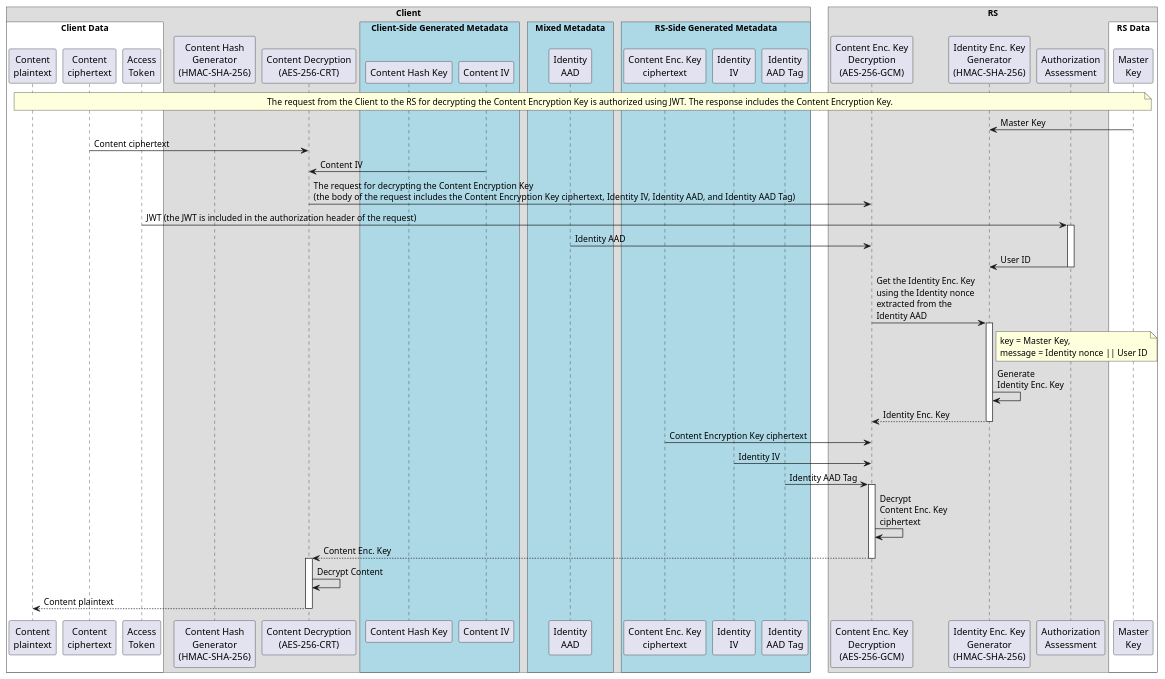
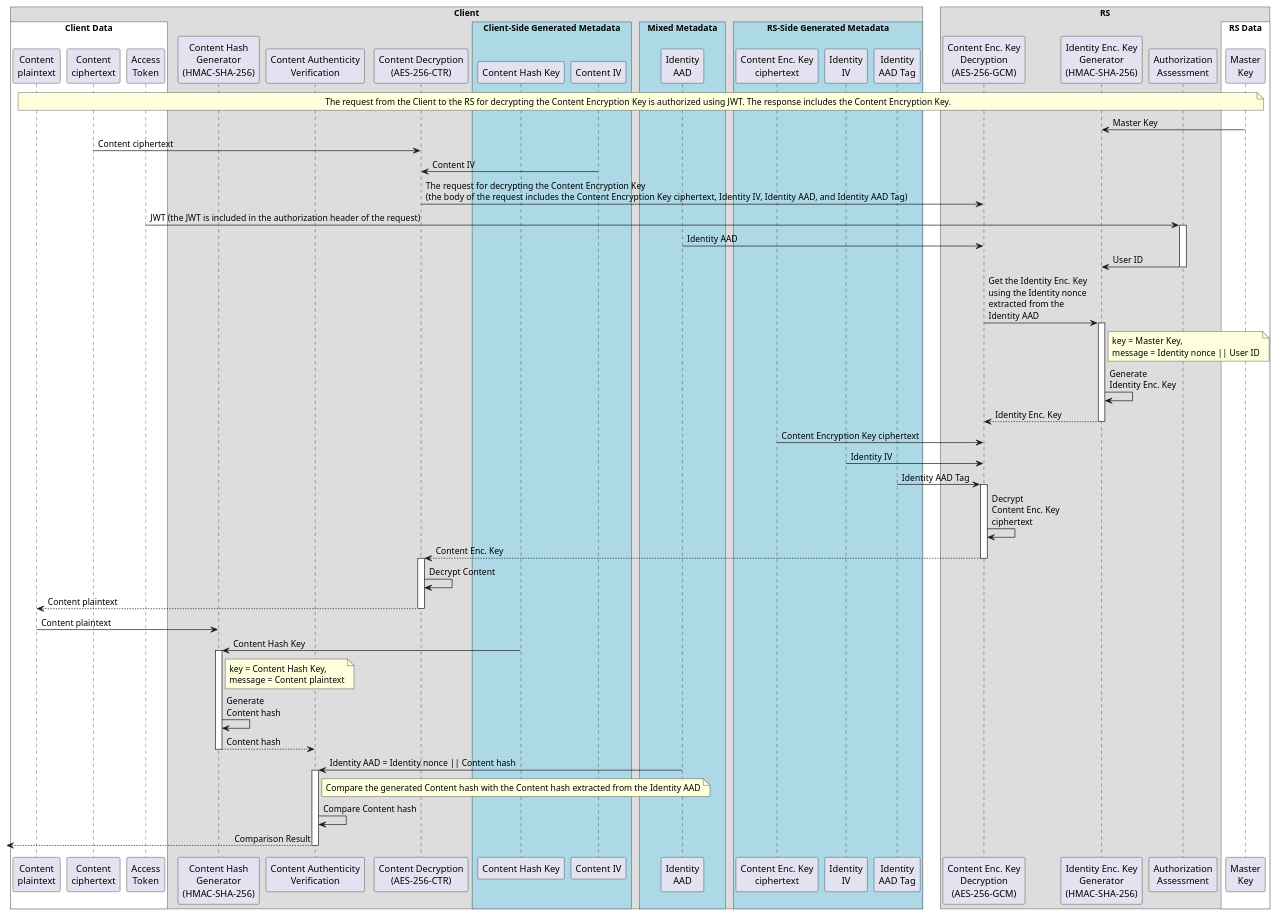
Before and after one commit to umalabs/ibe: the second of 2 diagrams in docs/CRYPTOGRAPHY.md, drawn with PlantUML. The commit also changed other lines of this file and 2 other files, not shown here.

Commit message:
sequence diagrams are ready for review

````diff
--- a/docs/CRYPTOGRAPHY.md
+++ b/docs/CRYPTOGRAPHY.md
@@ -192,7 +196,8 @@
 
 ' --- Client ---
 participant "Content Hash\nGenerator\n(HMAC-SHA-256)" as ContentHashGen
-participant "Content Decryption\n(AES-256-CRT)" as ContentDecryption
+participant "Content Authenticity\nVerification" as ContentAuthenticityVerification
+participant "Content Decryption\n(AES-256-CTR)" as ContentDecryption
 
 ' --- Client Inputs ---
 participant "Content\nplaintext" as ContentPlaintext
@@ -229,6 +234,7 @@
     end box
 
     participant ContentHashGen
+    participant ContentAuthenticityVerification
     participant ContentDecryption
 
     box "Client-Side Generated Metadata" #LightBlue
@@ -294,6 +300,20 @@
 ContentDecryption --> ContentPlaintext: Content plaintext
 deactivate ContentDecryption
 
+ContentPlaintext -> ContentHashGen: Content plaintext
+ContentHashKeyMetadata -> ContentHashGen: Content Hash Key
+' --- Content Encryption Key Generation process ---
+activate ContentHashGen
+note right of ContentHashGen: key = Content Hash Key,\nmessage = Content plaintext
+ContentHashGen -> ContentHashGen: Generate\nContent hash
+ContentHashGen --> ContentAuthenticityVerification: Content hash
+deactivate ContentHashGen
+IdentityAADMetadata -> ContentAuthenticityVerification: Identity AAD = Identity nonce || Content hash
+activate ContentAuthenticityVerification
+note right of ContentAuthenticityVerification: Compare the generated Content hash with the Content hash extracted from the Identity AAD
+ContentAuthenticityVerification -> ContentAuthenticityVerification: Compare Content hash
+<-- ContentAuthenticityVerification: Comparison Result
+deactivate ContentAuthenticityVerification
 
 @enduml
 ```
````
